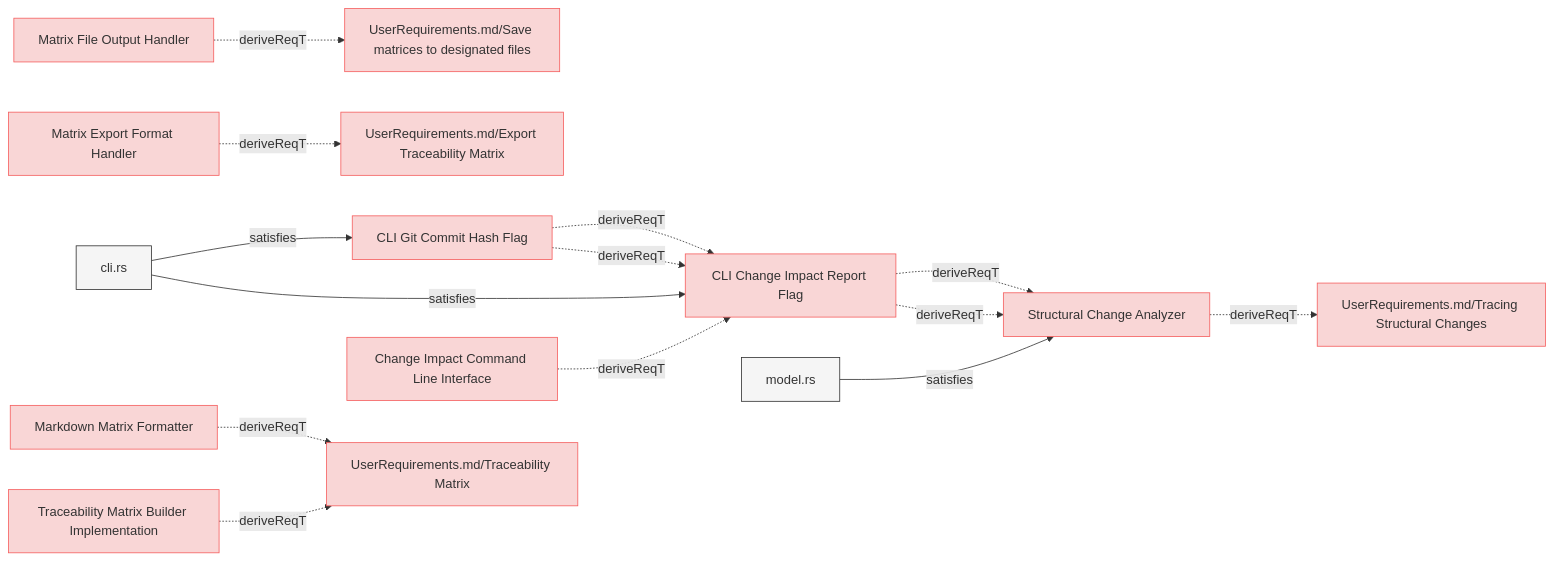
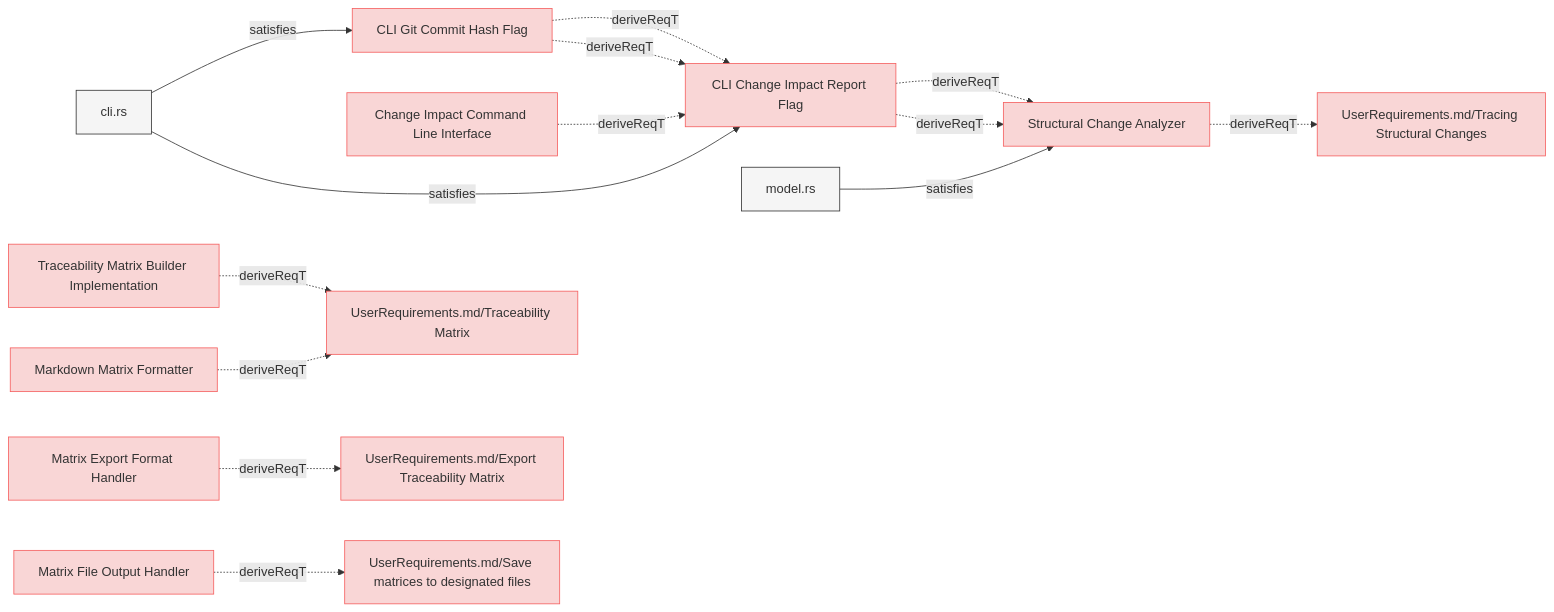
One commit to reqvire-org/reqvire changed the sixth of 8 diagrams in specifications/SystemRequirements/Requirements.md. Above: the diagram before and after it, drawn with Mermaid. The commit also changed other lines of this file and 7 other files, not shown here.

Commit message:
Updated diagrams.

````diff
--- a/specifications/SystemRequirements/Requirements.md
+++ b/specifications/SystemRequirements/Requirements.md
@@ -754,64 +754,64 @@
 ```mermaid
 graph LR;
   %% Graph styling
   classDef requirement fill:#f9d6d6,stroke:#f55f5f,stroke-width:1px;
   classDef verification fill:#d6f9d6,stroke:#5fd75f,stroke-width:1px;
   classDef externalLink fill:#d0e0ff,stroke:#3080ff,stroke-width:1px;
   classDef default fill:#f5f5f5,stroke:#333333,stroke-width:1px;
 
   b8b4018461["CLI Git Commit Hash Flag"];
   click b8b4018461 "Requirements.md#cli-git-commit-hash-flag";
   class b8b4018461 requirement;
   665b7456c9["CLI Change Impact Report Flag"];
   class 665b7456c9 requirement;
   click 665b7456c9 "Requirements.md#cli-change-impact-report-flag";
   b8b4018461 -.->|deriveReqT| 665b7456c9;
   11ffc4632a["cli.rs"];
   class 11ffc4632a default;
   click 11ffc4632a "../../cli/src/cli.rs";
   11ffc4632a -->|satisfies| b8b4018461;
-  83a2343e97["Matrix File Output Handler"];
-  click 83a2343e97 "Requirements.md#matrix-file-output-handler";
-  class 83a2343e97 requirement;
-  c4b025f6ac["UserRequirements.md/Save matrices to designated files"];
-  class c4b025f6ac requirement;
-  click c4b025f6ac "../UserRequirements.md#save-matrices-to-designated-files";
-  83a2343e97 -.->|deriveReqT| c4b025f6ac;
+  918cc4a26d["Structural Change Analyzer"];
+  click 918cc4a26d "Requirements.md#structural-change-analyzer";
+  class 918cc4a26d requirement;
+  91ebf7e73d["UserRequirements.md/Tracing Structural Changes"];
+  class 91ebf7e73d requirement;
+  click 91ebf7e73d "../UserRequirements.md#tracing-structural-changes";
+  918cc4a26d -.->|deriveReqT| 91ebf7e73d;
+  cc976e6bcd["model.rs"];
+  class cc976e6bcd default;
+  click cc976e6bcd "../../core/src/change_impact.rs";
+  cc976e6bcd -->|satisfies| 918cc4a26d;
+  665b7456c9 -.->|deriveReqT| 918cc4a26d;
+  665b7456c9 -.->|deriveReqT| 918cc4a26d;
+  11ffc4632a -->|satisfies| 665b7456c9;
+  b8b4018461 -.->|deriveReqT| 665b7456c9;
+  9d6f79f601["Change Impact Command Line Interface"];
+  class 9d6f79f601 requirement;
+  click 9d6f79f601 "ChangeImpactRequirements.md#change-impact-command-line-interface";
+  9d6f79f601 -.->|deriveReqT| 665b7456c9;
+  5eca866a03["Traceability Matrix Builder Implementation"];
+  click 5eca866a03 "Requirements.md#traceability-matrix-builder-implementation";
+  class 5eca866a03 requirement;
+  ba40352f8e["UserRequirements.md/Traceability Matrix"];
+  class ba40352f8e requirement;
+  click ba40352f8e "../UserRequirements.md#traceability-matrix";
+  5eca866a03 -.->|deriveReqT| ba40352f8e;
   8897111f9b["Matrix Export Format Handler"];
   click 8897111f9b "Requirements.md#matrix-export-format-handler";
   class 8897111f9b requirement;
   4b7b432817["UserRequirements.md/Export Traceability Matrix"];
   class 4b7b432817 requirement;
   click 4b7b432817 "../UserRequirements.md#export-traceability-matrix";
   8897111f9b -.->|deriveReqT| 4b7b432817;
   d7e5fbf806["Markdown Matrix Formatter"];
   click d7e5fbf806 "Requirements.md#markdown-matrix-formatter";
   class d7e5fbf806 requirement;
-  ba40352f8e["UserRequirements.md/Traceability Matrix"];
-  class ba40352f8e requirement;
-  click ba40352f8e "../UserRequirements.md#traceability-matrix";
   d7e5fbf806 -.->|deriveReqT| ba40352f8e;
-  918cc4a26d["Structural Change Analyzer"];
-  class 918cc4a26d requirement;
-  click 918cc4a26d "Requirements.md#structural-change-analyzer";
-  665b7456c9 -.->|deriveReqT| 918cc4a26d;
-  11ffc4632a -->|satisfies| 665b7456c9;
-  b8b4018461 -.->|deriveReqT| 665b7456c9;
-  9d6f79f601["Change Impact Command Line Interface"];
-  class 9d6f79f601 requirement;
-  click 9d6f79f601 "ChangeImpactRequirements.md#change-impact-command-line-interface";
-  9d6f79f601 -.->|deriveReqT| 665b7456c9;
-  5eca866a03["Traceability Matrix Builder Implementation"];
-  click 5eca866a03 "Requirements.md#traceability-matrix-builder-implementation";
-  class 5eca866a03 requirement;
-  5eca866a03 -.->|deriveReqT| ba40352f8e;
-  91ebf7e73d["UserRequirements.md/Tracing Structural Changes"];
-  class 91ebf7e73d requirement;
-  click 91ebf7e73d "../UserRequirements.md#tracing-structural-changes";
-  918cc4a26d -.->|deriveReqT| 91ebf7e73d;
-  cc976e6bcd["model.rs"];
-  class cc976e6bcd default;
-  click cc976e6bcd "../../core/src/change_impact.rs";
-  cc976e6bcd -->|satisfies| 918cc4a26d;
-  665b7456c9 -.->|deriveReqT| 918cc4a26d;
+  83a2343e97["Matrix File Output Handler"];
+  click 83a2343e97 "Requirements.md#matrix-file-output-handler";
+  class 83a2343e97 requirement;
+  c4b025f6ac["UserRequirements.md/Save matrices to designated files"];
+  class c4b025f6ac requirement;
+  click c4b025f6ac "../UserRequirements.md#save-matrices-to-designated-files";
+  83a2343e97 -.->|deriveReqT| c4b025f6ac;
 ```
````
